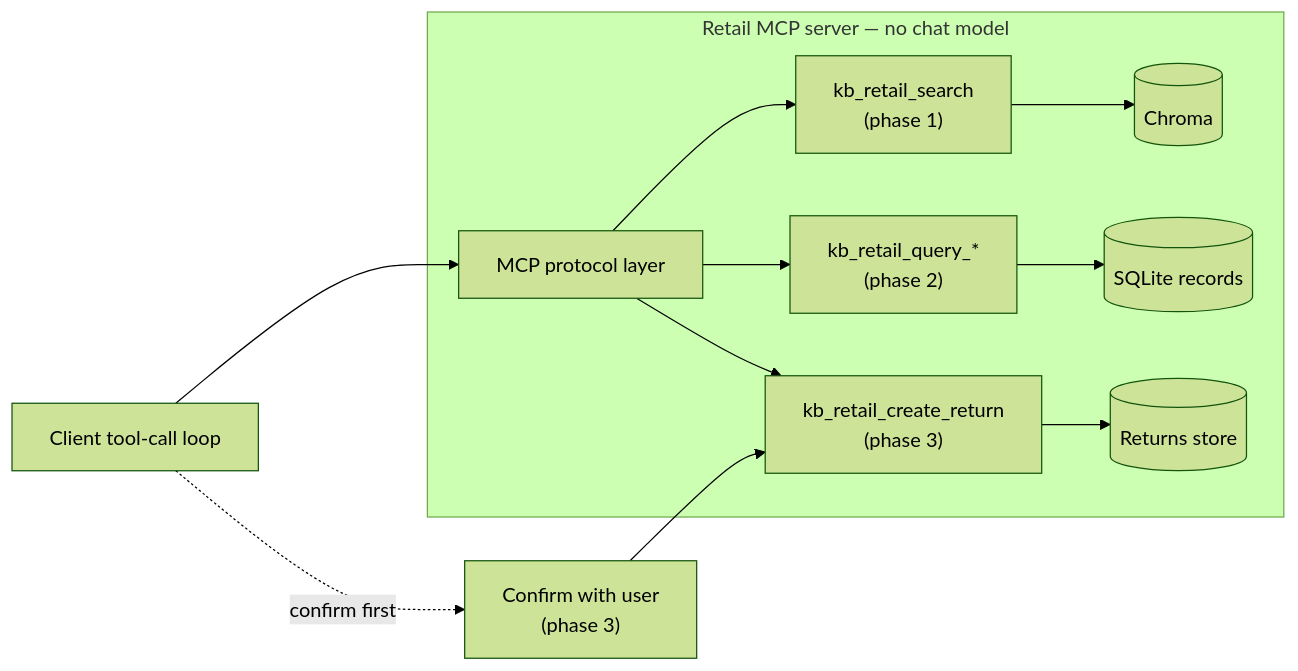
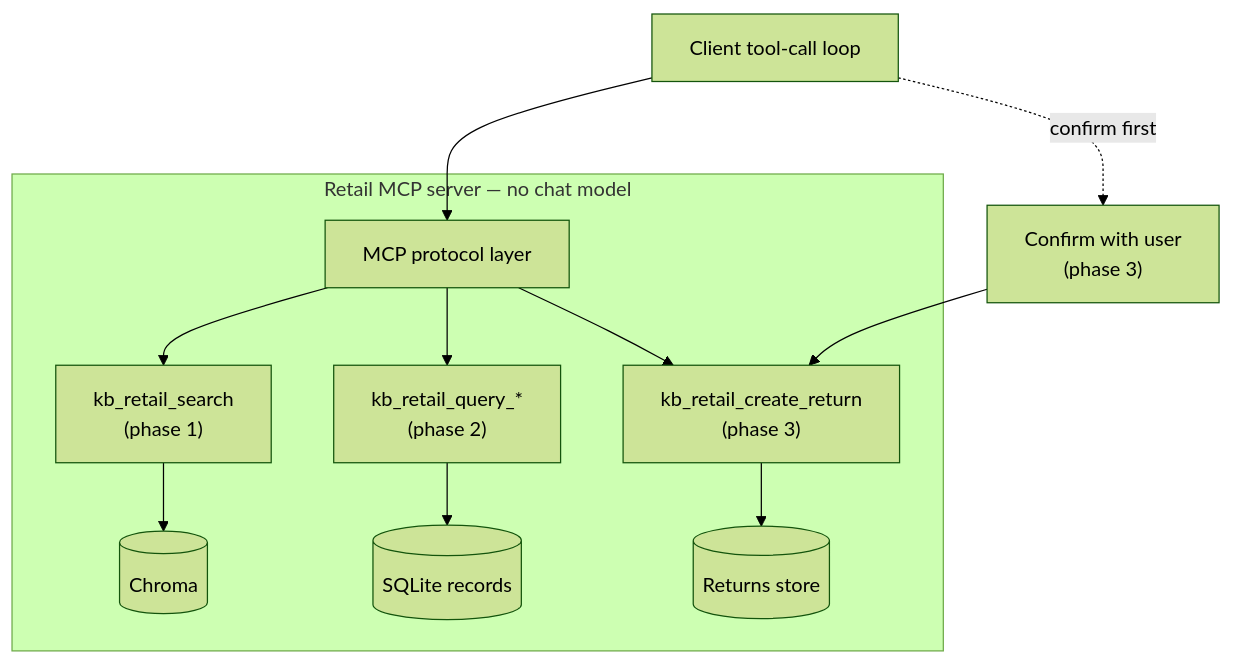
The second of 7 diagrams in docs/design_document.md (rishiupadhyaygithub/retail-mcp-chatbot), drawn with Mermaid (forest theme) before and after one commit. The commit also changed other lines of this file and 1 other file, not shown here.

Commit message:
docs: tighten PDF layout (0.6in margins, TD diagrams) — 24pp to 19pp, no content change

````diff
--- a/docs/design_document.md
+++ b/docs/design_document.md
@@ -71,20 +71,20 @@
 ```mermaid title="Figure 2 — Where phase 2 and phase 3 tools attach"
-flowchart LR
+flowchart TD
   loop["Client tool-call loop"]
   subgraph mcp["Retail MCP server — no chat model"]
     proto["MCP protocol layer"]
     search["kb_retail_search<br/>(phase 1)"]
     query["kb_retail_query_*<br/>(phase 2)"]
     create["kb_retail_create_return<br/>(phase 3)"]
     chroma[("Chroma")]
     sqlite[("SQLite records")]
     store[("Returns store")]
   end
   gate["Confirm with user<br/>(phase 3)"]
   loop --> proto
   proto --> search --> chroma
   proto --> query --> sqlite
   proto --> create --> store
   loop -. "confirm first" .-> gate
   gate --> create
 ```
````
